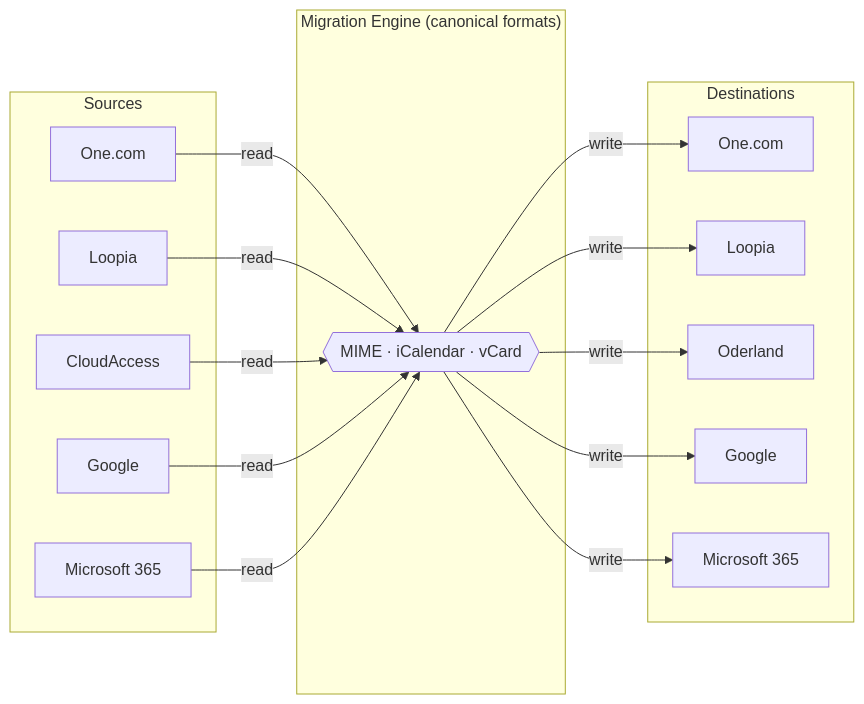
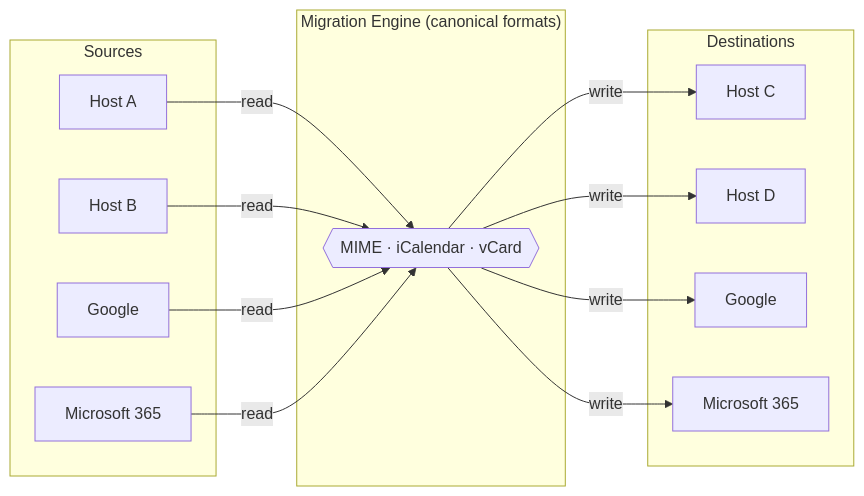
Before and after one commit to crswebb/godwit: the first of 3 diagrams in docs/ARCHITECTURE.md, drawn with Mermaid. The commit also changed other lines of this file and 4 other files, not shown here.

````diff
--- a/docs/ARCHITECTURE.md
+++ b/docs/ARCHITECTURE.md
@@ -23,22 +24,20 @@
 ```mermaid
 graph LR
     subgraph Sources
-        A1[One.com]
-        A2[Loopia]
-        A3[CloudAccess]
+        A1[Host A]
+        A2[Host B]
         A4[Google]
         A5[Microsoft 365]
     end
     subgraph Engine["Migration Engine (canonical formats)"]
         H{{"MIME · iCalendar · vCard"}}
     end
     subgraph Destinations
-        B1[One.com]
-        B2[Loopia]
-        B3[Oderland]
+        B1[Host C]
+        B2[Host D]
         B4[Google]
         B5[Microsoft 365]
     end
-    A1 & A2 & A3 & A4 & A5 -->|read| H
-    H -->|write| B1 & B2 & B3 & B4 & B5
+    A1 & A2 & A4 & A5 -->|read| H
+    H -->|write| B1 & B2 & B4 & B5
 ```
````
